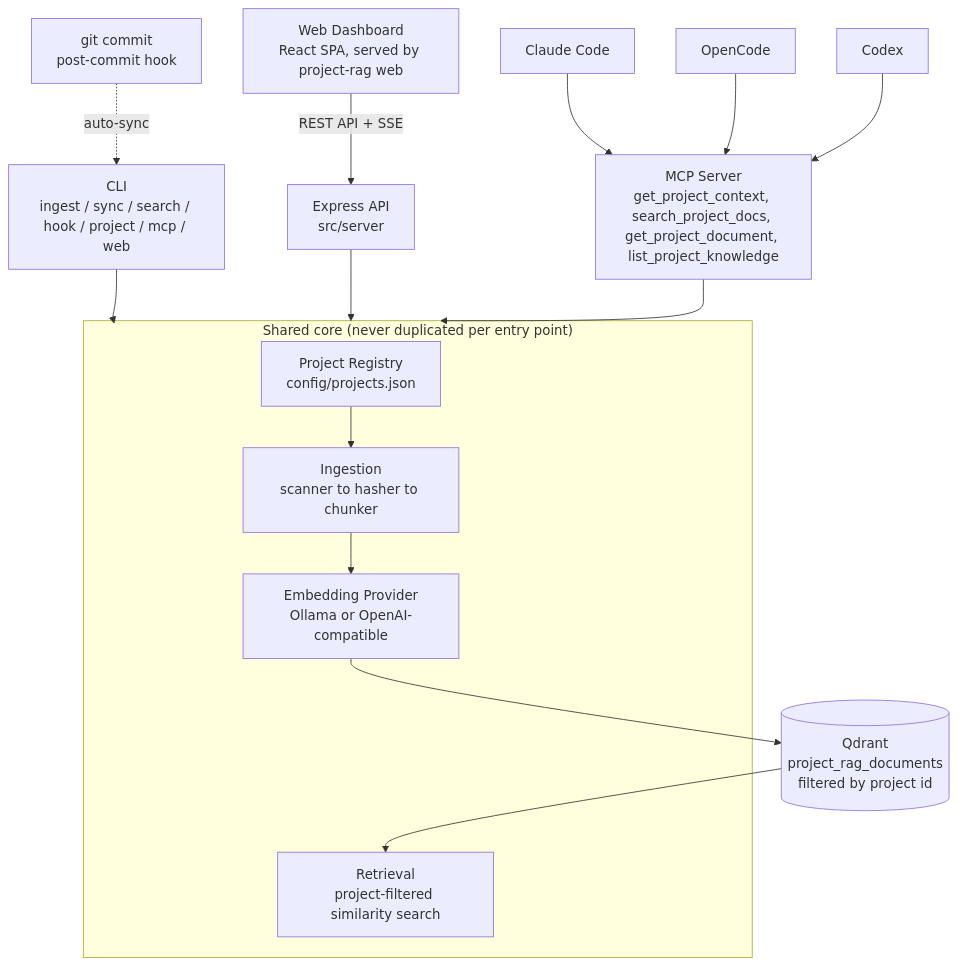
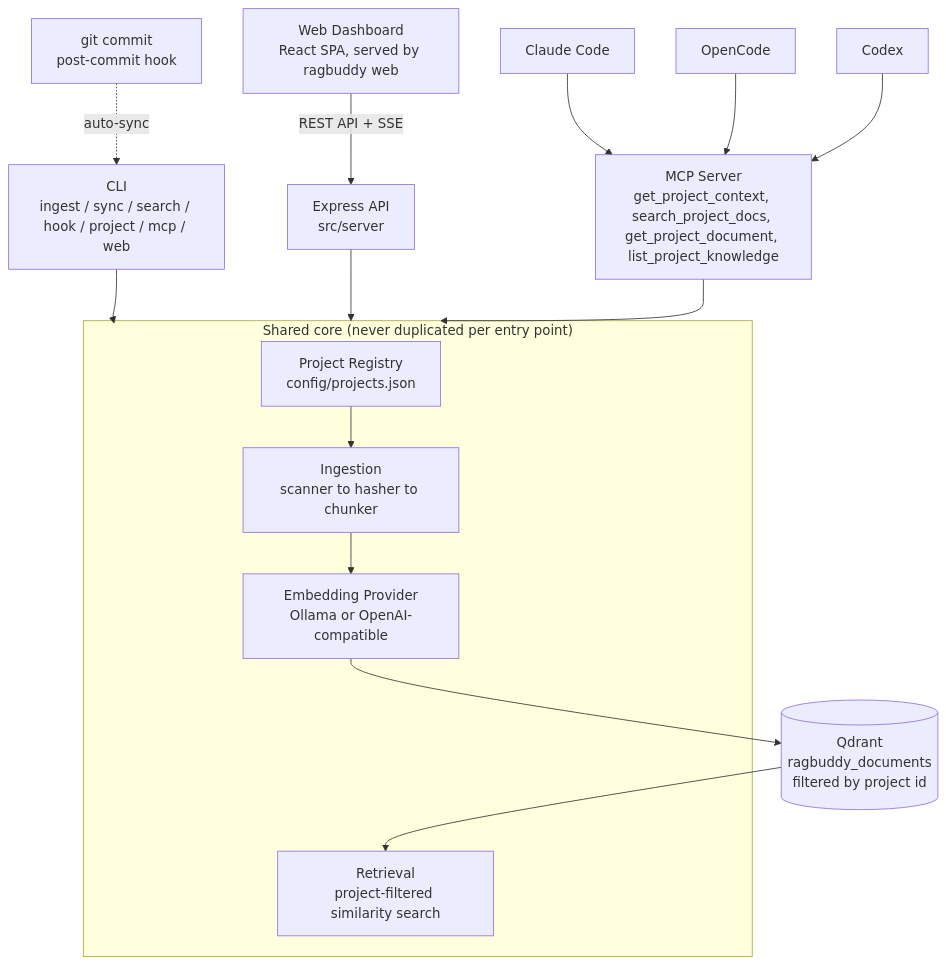
Before and after one commit to azmirizkifar20/RAGBuddy: the first of 2 diagrams in README.md, drawn with Mermaid. The commit also changed other lines of this file and 63 other files, not shown here.

First line of the commit message:
rename: rebrand Code Context RAG to RAGBuddy

````diff
--- a/README.md
+++ b/README.md
@@ -19,24 +19,24 @@
 ```mermaid
 flowchart TD
     subgraph CORE["Shared core (never duplicated per entry point)"]
         REG["Project Registry<br/>config/projects.json"]
         ING["Ingestion<br/>scanner to hasher to chunker"]
         EMB["Embedding Provider<br/>Ollama or OpenAI-compatible"]
         RET["Retrieval<br/>project-filtered similarity search"]
         REG --> ING --> EMB
     end
 
-    QD[("Qdrant<br/>project_rag_documents<br/>filtered by project id")]
+    QD[("Qdrant<br/>ragbuddy_documents<br/>filtered by project id")]
     EMB --> QD --> RET
 
     CLI["CLI<br/>ingest / sync / search / hook / project / mcp / web"] --> CORE
-    WEB["Web Dashboard<br/>React SPA, served by project-rag web"] -->|"REST API + SSE"| API["Express API<br/>src/server"]
+    WEB["Web Dashboard<br/>React SPA, served by ragbuddy web"] -->|"REST API + SSE"| API["Express API<br/>src/server"]
     API --> CORE
     MCPS["MCP Server<br/>get_project_context, search_project_docs, get_project_document, list_project_knowledge"] --> CORE
 
     GIT["git commit<br/>post-commit hook"] -.->|"auto-sync"| CLI
 
     CC["Claude Code"] --> MCPS
     OC["OpenCode"] --> MCPS
     CX["Codex"] --> MCPS
 ```
````
